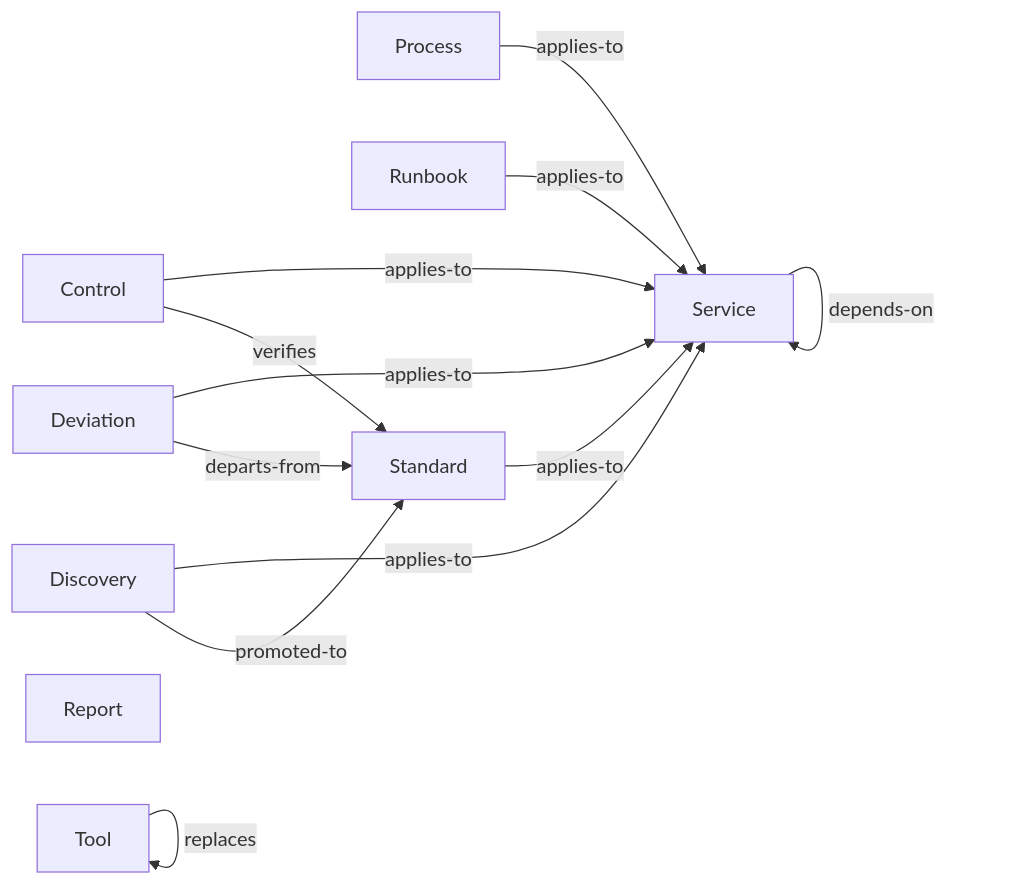
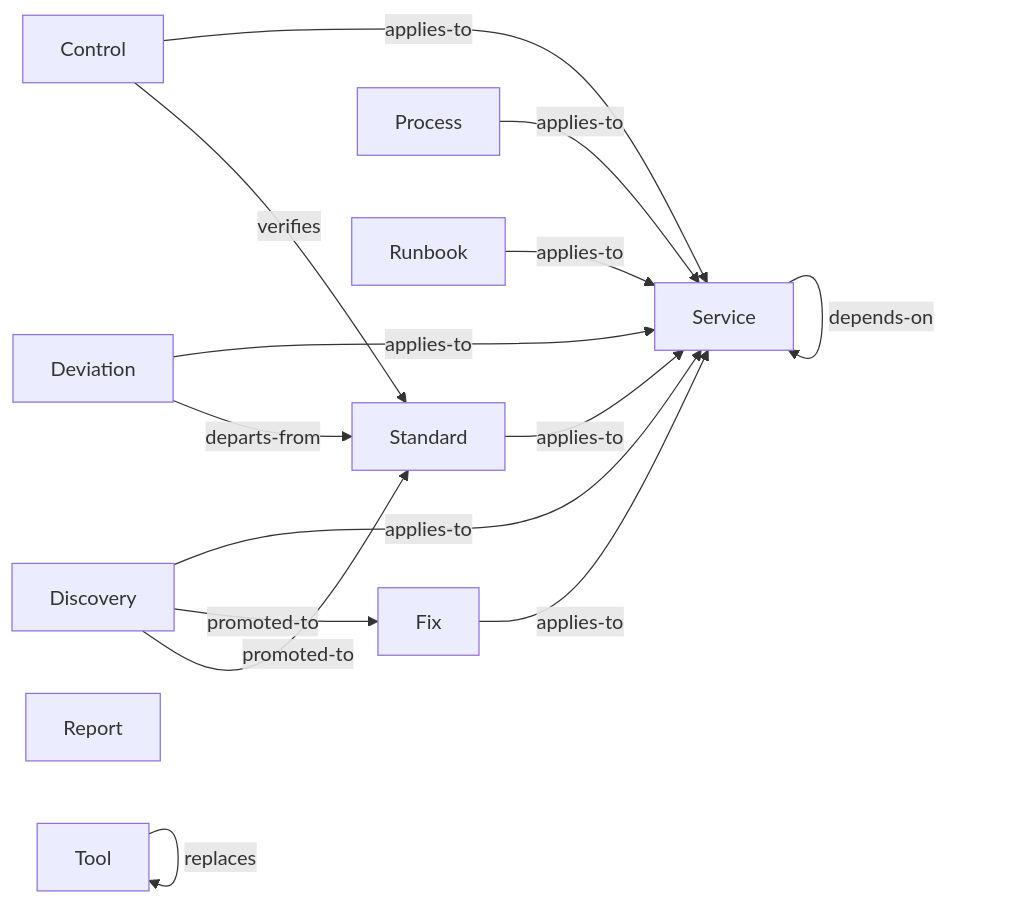
The diagram in examples/dog-fooding/knowledge-as-code/taxonomy.md (paul80nd/knowledge-as-code), drawn with Mermaid before and after one commit. The commit also changed other lines of this file and 25 other files, not shown here.

````diff
--- a/examples/dog-fooding/knowledge-as-code/taxonomy.md
+++ b/examples/dog-fooding/knowledge-as-code/taxonomy.md
@@ -103,23 +108,26 @@
 ```mermaid
 graph LR;
   t_controls[Control];
   t_deviations[Deviation];
   t_discoveries[Discovery];
+  t_fixes[Fix];
   t_processes[Process];
   t_reports[Report];
   t_runbooks[Runbook];
   t_services[Service];
   t_standards[Standard];
   t_tools[Tool];
   t_controls -- applies-to --> t_services;
   t_controls -- verifies --> t_standards;
   t_deviations -- applies-to --> t_services;
   t_deviations -- departs-from --> t_standards;
   t_discoveries -- applies-to --> t_services;
+  t_discoveries -- promoted-to --> t_fixes;
   t_discoveries -- promoted-to --> t_standards;
+  t_fixes -- applies-to --> t_services;
   t_processes -- applies-to --> t_services;
   t_runbooks -- applies-to --> t_services;
   t_services -- depends-on --> t_services;
   t_standards -- applies-to --> t_services;
   t_tools -- replaces --> t_tools;
 ```
````
